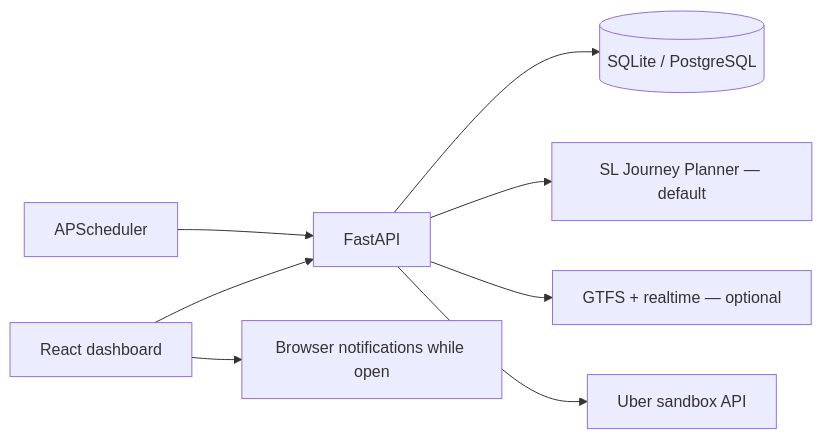
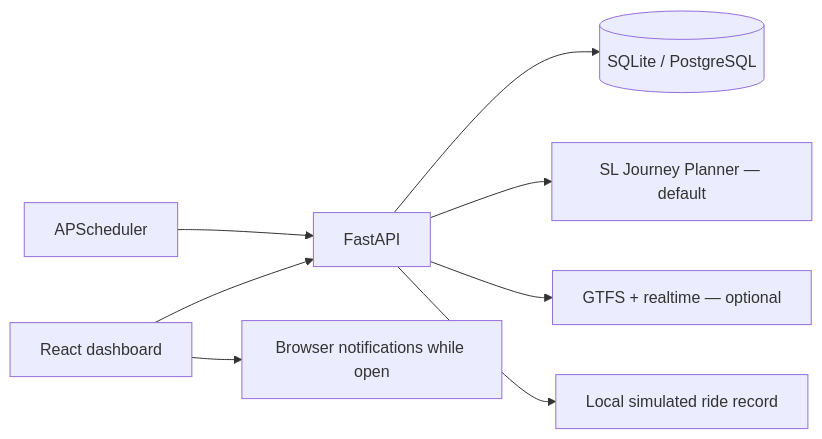
Before and after one commit to Anuhya92/Ai_agent_Travel: the diagram in README.md, drawn with Mermaid. The commit also changed other lines of this file and 6 other files, not shown here.

````diff
--- a/README.md
+++ b/README.md
@@ -5,10 +5,10 @@
 ```mermaid
 flowchart LR
   UI[React dashboard] --> API[FastAPI]
   API --> DB[(SQLite / PostgreSQL)]
   Scheduler[APScheduler] --> API
   API --> SL[SL Journey Planner — default]
   API --> GTFS[GTFS + realtime — optional]
-  API --> Uber[Uber sandbox API]
+  API --> Demo[Local simulated ride record]
   UI --> Browser[Browser notifications while open]
 ```
````
